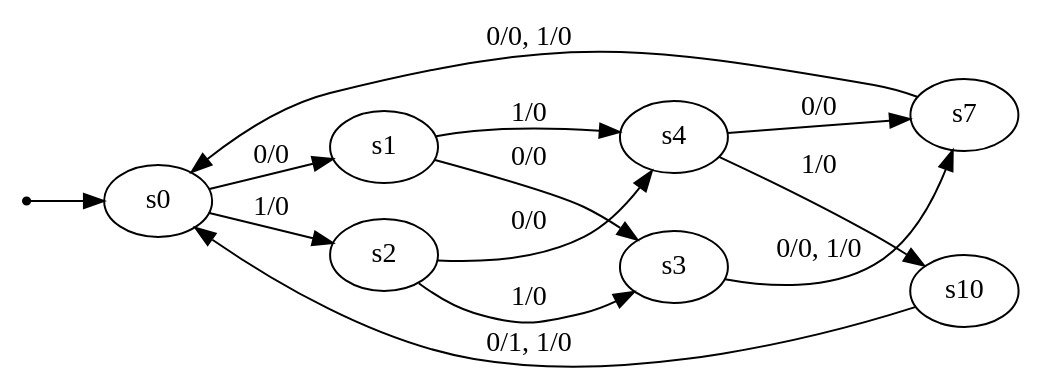
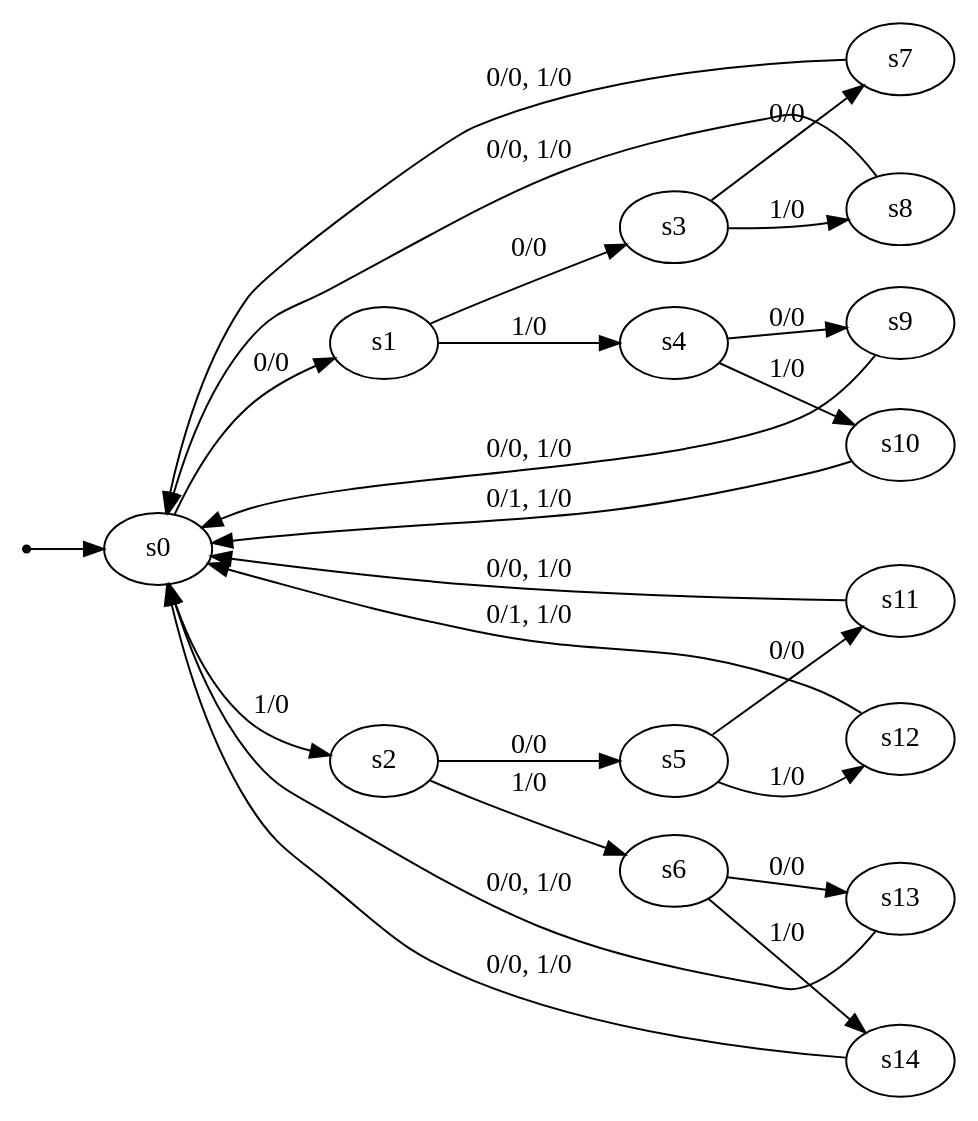
The diagram in example/myTest/kiss/case3/input.dot (Ting-Tech/StateMinimization), drawn with Graphviz before and after one commit. The commit also changed 16 other files, not shown here.

```diff
--- a/example/myTest/kiss/case3/input.dot
+++ b/example/myTest/kiss/case3/input.dot
@@ -1,25 +1,44 @@
 digraph STG {
 	rankdir=LR;
 
 	INIT [shape=point];
 	s0 [label="s0"];
 	s1 [label="s1"];
 	s2 [label="s2"];
 	s3 [label="s3"];
 	s4 [label="s4"];
+	s5 [label="s5"];
+	s6 [label="s6"];
 	s7 [label="s7"];
+	s8 [label="s8"];
+	s9 [label="s9"];
 	s10 [label="s10"];
+	s11 [label="s11"];
+	s12 [label="s12"];
+	s13 [label="s13"];
+	s14 [label="s14"];
 
 	INIT -> s0;
 	s0 -> s1 [label="0/0"];
 	s0 -> s2 [label="1/0"];
 	s1 -> s3 [label="0/0"];
 	s1 -> s4 [label="1/0"];
-	s2 -> s3 [label="1/0"];
-	s2 -> s4 [label="0/0"];
-	s3 -> s7 [label="0/0, 1/0"];
+	s2 -> s5 [label="0/0"];
+	s2 -> s6 [label="1/0"];
+	s3 -> s7 [label="0/0"];
+	s3 -> s8 [label="1/0"];
+	s4 -> s9 [label="0/0"];
 	s4 -> s10 [label="1/0"];
-	s4 -> s7 [label="0/0"];
+	s5 -> s11 [label="0/0"];
+	s5 -> s12 [label="1/0"];
+	s6 -> s13 [label="0/0"];
+	s6 -> s14 [label="1/0"];
 	s7 -> s0 [label="0/0, 1/0"];
+	s8 -> s0 [label="0/0, 1/0"];
+	s9 -> s0 [label="0/0, 1/0"];
 	s10 -> s0 [label="0/1, 1/0"];
+	s11 -> s0 [label="0/0, 1/0"];
+	s12 -> s0 [label="0/1, 1/0"];
+	s13 -> s0 [label="0/0, 1/0"];
+	s14 -> s0 [label="0/0, 1/0"];
 }
```
